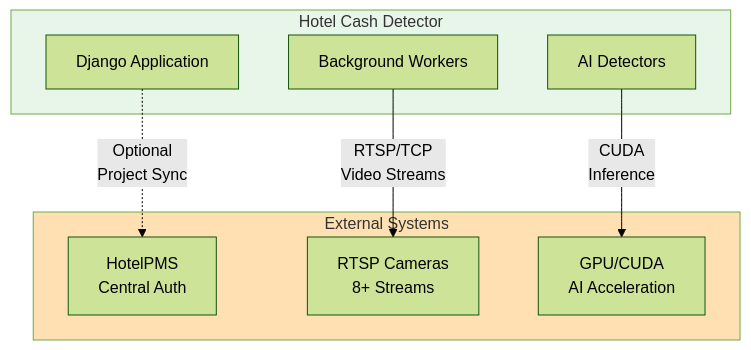
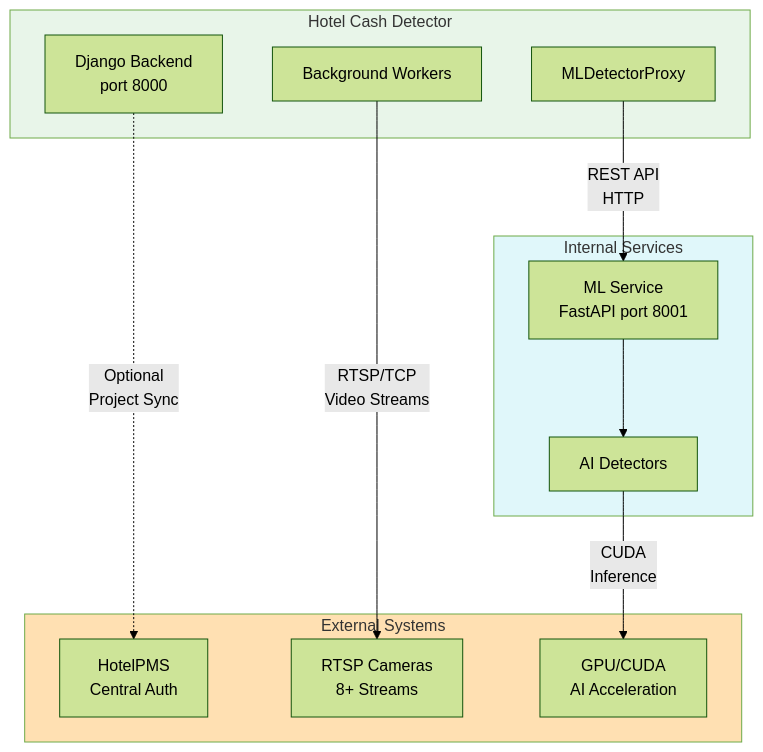
The first of 3 diagrams in docs/06-integrations.md (Loop-Dimension/Hotel-Cash-Detector), drawn with Mermaid (forest theme) before and after one commit. The commit also changed other lines of this file and 7 other files, not shown here.

````diff
--- a/docs/06-integrations.md
+++ b/docs/06-integrations.md
@@ -19,21 +20,29 @@
 ```mermaid
 graph TB
     subgraph CCTV["Hotel Cash Detector"]
-        Django[Django Application]
+        Django[Django Backend<br/>port 8000]
+        MLProxy[MLDetectorProxy]
         Workers[Background Workers]
+    end
+
+    subgraph Services["Internal Services"]
+        MLService[ML Service<br/>FastAPI port 8001]
         Detector[AI Detectors]
     end
 
     subgraph External["External Systems"]
         PMS[HotelPMS<br/>Central Auth]
         Cameras[RTSP Cameras<br/>8+ Streams]
         GPU[GPU/CUDA<br/>AI Acceleration]
     end
 
     Django -.->|"Optional<br/>Project Sync"| PMS
     Workers -->|"RTSP/TCP<br/>Video Streams"| Cameras
+    MLProxy -->|"REST API<br/>HTTP"| MLService
+    MLService --> Detector
     Detector -->|"CUDA<br/>Inference"| GPU
 
     style CCTV fill:#e8f5e9
+    style Services fill:#e0f7fa
     style External fill:#ffe0b2
 ```
````
